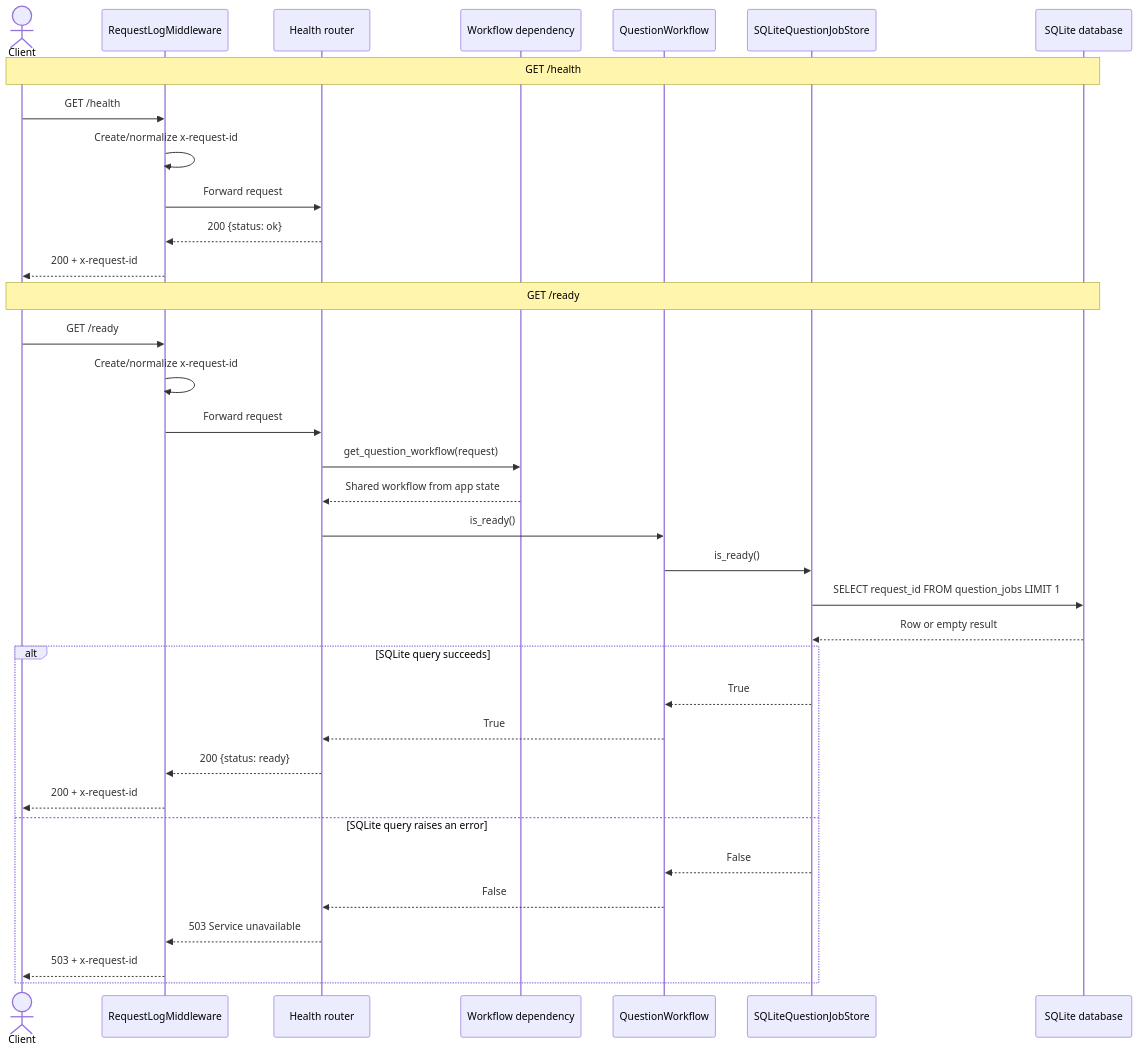
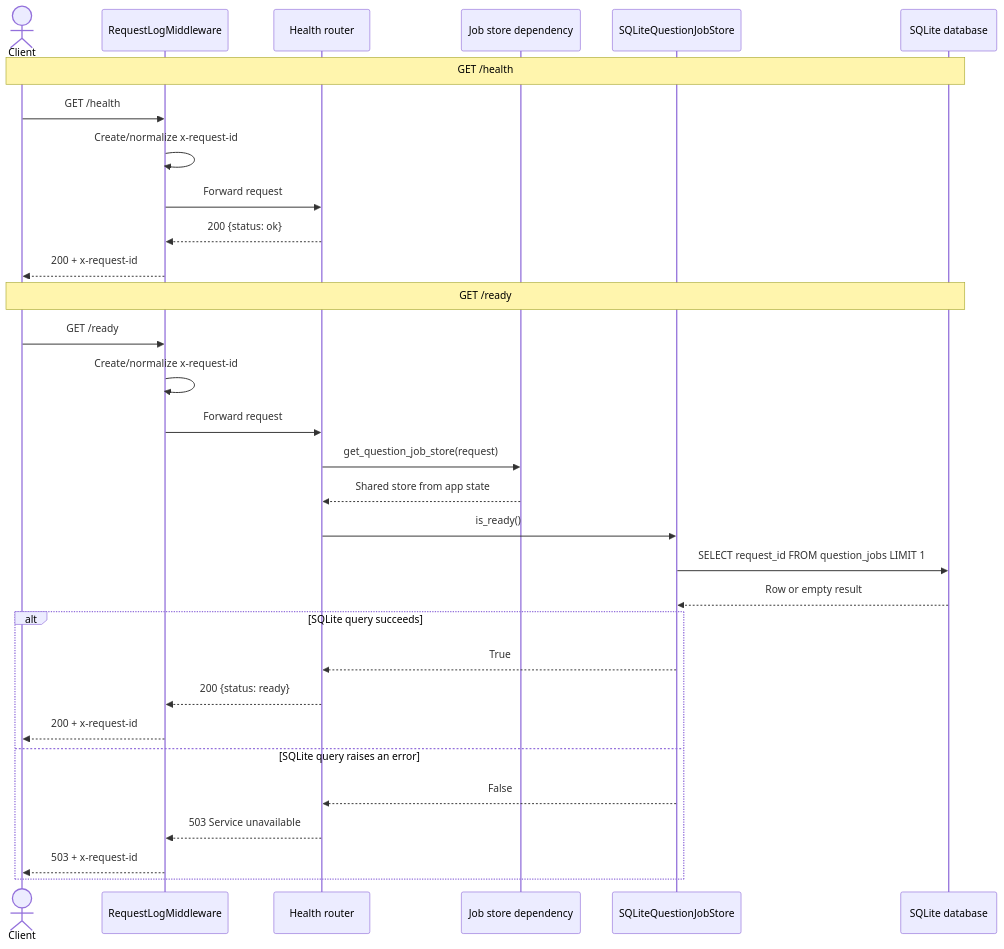
Before and after one commit to jasmine-post-pdx/rag-chatbot: the diagram in docs/other-apis-sequence.md, drawn with Mermaid. The commit also changed other lines of this file and 30 other files, not shown here.

First line of the commit message:
refactor: rename schemas and update dependencies for question handling

````diff
--- a/docs/other-apis-sequence.md
+++ b/docs/other-apis-sequence.md
@@ -34,40 +32,36 @@
 ```mermaid
 sequenceDiagram
     actor Client
     participant MW as RequestLogMiddleware
     participant API as Health router
-    participant Dep as Workflow dependency
-    participant WF as QuestionWorkflow
+    participant Dep as Job store dependency
     participant Store as SQLiteQuestionJobStore
     participant DB as SQLite database
 
     Note over Client,DB: GET /health
     Client->>MW: GET /health
     MW->>MW: Create/normalize x-request-id
     MW->>API: Forward request
     API-->>MW: 200 {status: ok}
     MW-->>Client: 200 + x-request-id
 
     Note over Client,DB: GET /ready
     Client->>MW: GET /ready
     MW->>MW: Create/normalize x-request-id
     MW->>API: Forward request
-    API->>Dep: get_question_workflow(request)
-    Dep-->>API: Shared workflow from app state
-    API->>WF: is_ready()
-    WF->>Store: is_ready()
+    API->>Dep: get_question_job_store(request)
+    Dep-->>API: Shared store from app state
+    API->>Store: is_ready()
     Store->>DB: SELECT request_id FROM question_jobs LIMIT 1
     DB-->>Store: Row or empty result
 
     alt SQLite query succeeds
-        Store-->>WF: True
-        WF-->>API: True
+        Store-->>API: True
         API-->>MW: 200 {status: ready}
         MW-->>Client: 200 + x-request-id
     else SQLite query raises an error
-        Store-->>WF: False
-        WF-->>API: False
+        Store-->>API: False
         API-->>MW: 503 Service unavailable
         MW-->>Client: 503 + x-request-id
     end
 ```
````
